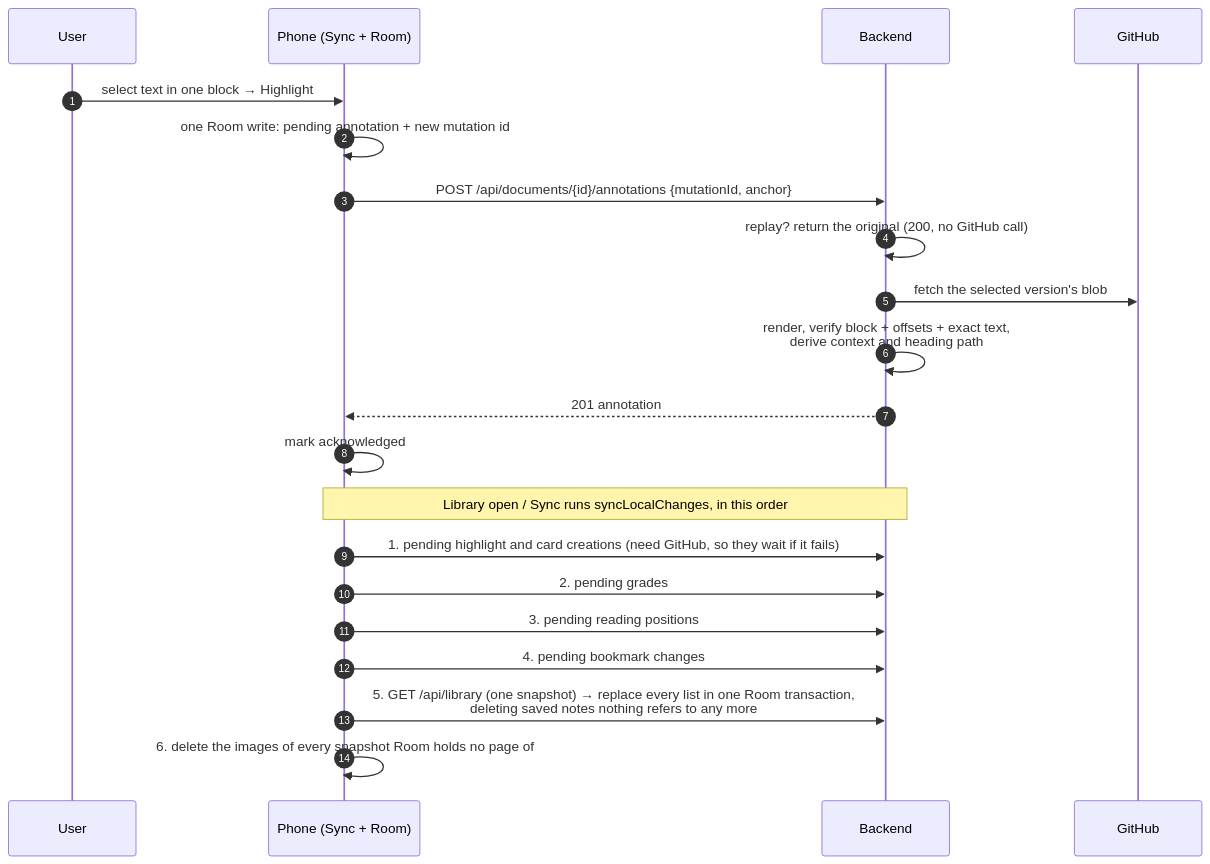
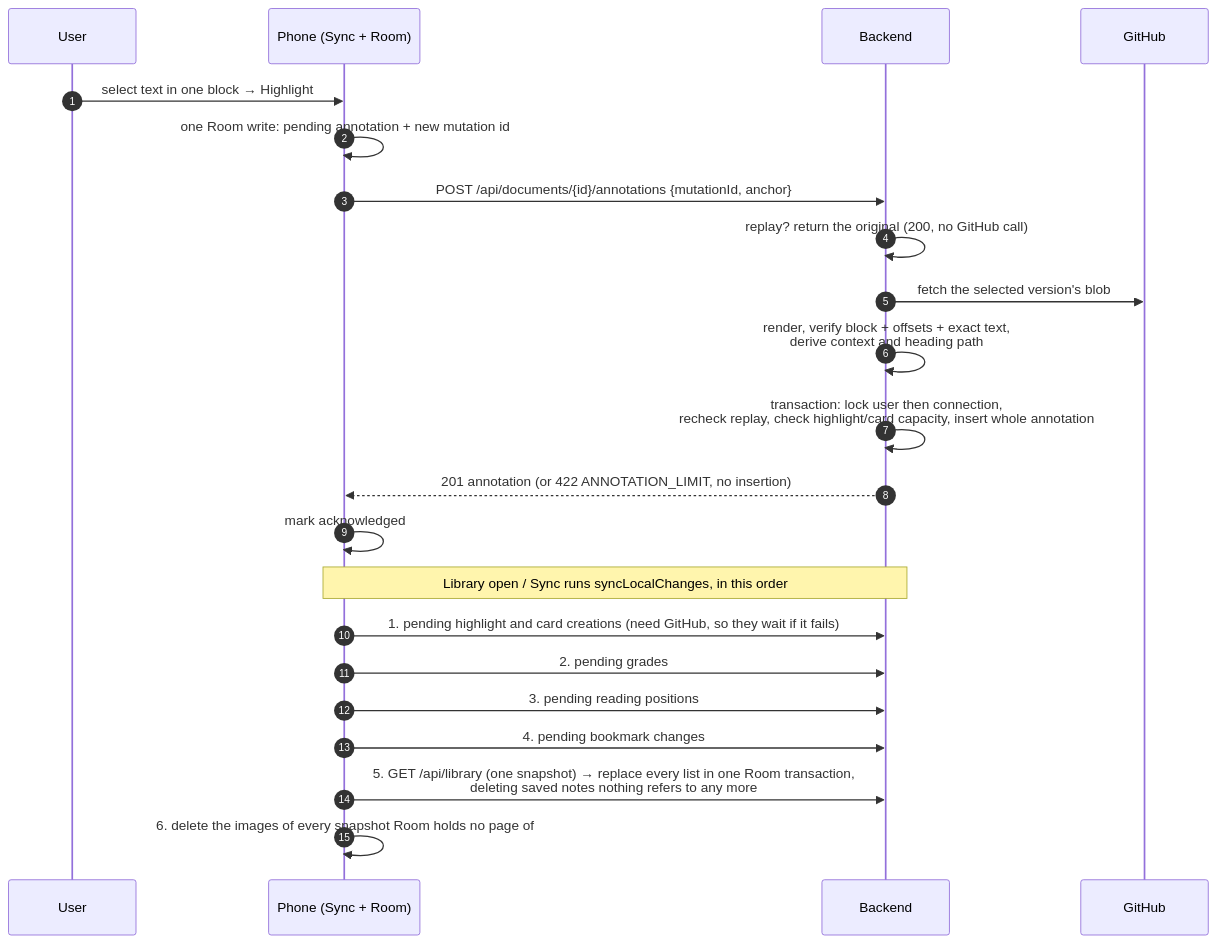
Before and after one commit to jaxwong/reporead: the ninth of 12 diagrams in docs/architecture.md, drawn with Mermaid. The commit also changed other lines of this file and 33 other files, not shown here.

````diff
--- a/docs/architecture.md
+++ b/docs/architecture.md
@@ -473,25 +473,26 @@
 ```mermaid
 sequenceDiagram
     autonumber
     participant U as User
     participant P as Phone (Sync + Room)
     participant API as Backend
     participant GH as GitHub
 
     U->>P: select text in one block → Highlight
     P->>P: one Room write: pending annotation + new mutation id
     P->>API: POST /api/documents/{id}/annotations {mutationId, anchor}
     API->>API: replay? return the original (200, no GitHub call)
     API->>GH: fetch the selected version's blob
     API->>API: render, verify block + offsets + exact text,<br/>derive context and heading path
-    API-->>P: 201 annotation
+    API->>API: transaction: lock user then connection,<br/>recheck replay, check highlight/card capacity, insert whole annotation
+    API-->>P: 201 annotation (or 422 ANNOTATION_LIMIT, no insertion)
     P->>P: mark acknowledged
 
     Note over P,API: Library open / Sync runs syncLocalChanges, in this order
     P->>API: 1. pending highlight and card creations (need GitHub, so they wait if it fails)
     P->>API: 2. pending grades
     P->>API: 3. pending reading positions
     P->>API: 4. pending bookmark changes
     P->>API: 5. GET /api/library (one snapshot) → replace every list in one Room transaction,<br/>deleting saved notes nothing refers to any more
     P->>P: 6. delete the images of every snapshot Room holds no page of
 ```
````
